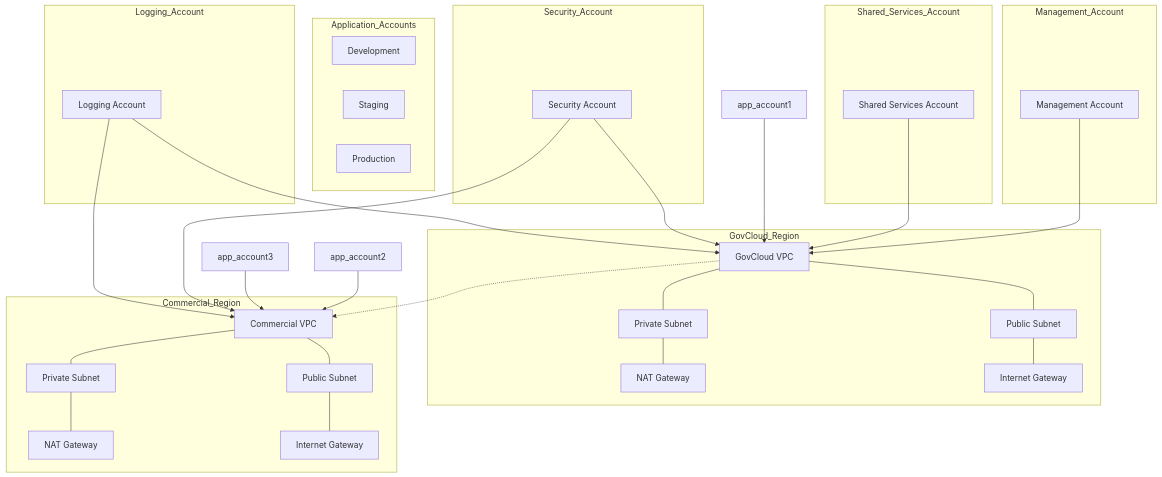
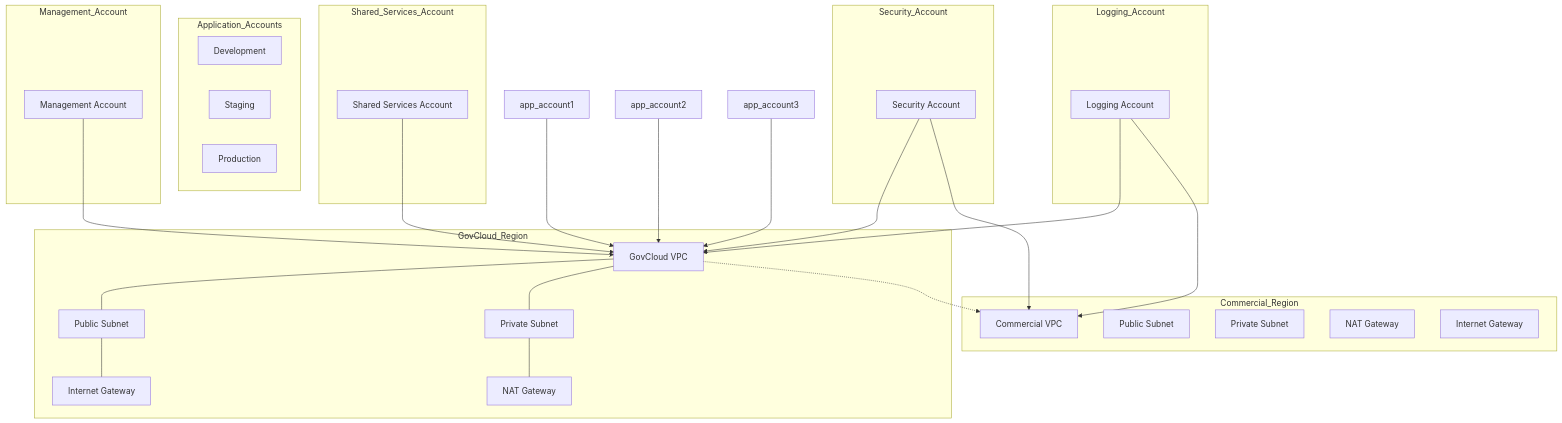
One commit to jtenney59/jtenney59 changed the diagram in draft-network-overvirew. cg.mmd. Above: the diagram before and after it, drawn with Mermaid.

Commit message:
Update draft-network-overvirew. cg.mmd

```diff
--- a/draft-network-overvirew. cg.mmd
+++ b/draft-network-overvirew. cg.mmd
@@ -1,60 +1,55 @@
 graph TB
     subgraph Management_Account
         mgmt_account[Management Account]
     end
 
     subgraph Shared_Services_Account
         shared_services_account[Shared Services Account]
     end
 
     subgraph Application_Accounts
        Development[Development]
        Staging[Staging]
        Production[Production]
     end
 
     subgraph Security_Account
         security_account[Security Account]
     end
 
     subgraph Logging_Account
         logging_account[Logging Account]
     end
 
     subgraph GovCloud_Region
         govcloud_vpc[GovCloud VPC]
         govcloud_public_subnet[Public Subnet]
         govcloud_private_subnet[Private Subnet]
         govcloud_nat_gateway[NAT Gateway]
         govcloud_internet_gateway[Internet Gateway]
     end
 
     subgraph Commercial_Region
         commercial_vpc[Commercial VPC]
         commercial_public_subnet[Public Subnet]
         commercial_private_subnet[Private Subnet]
         commercial_nat_gateway[NAT Gateway]
         commercial_internet_gateway[Internet Gateway]
     end
 
     govcloud_vpc --- govcloud_public_subnet
     govcloud_vpc --- govcloud_private_subnet
     govcloud_public_subnet --- govcloud_internet_gateway
     govcloud_private_subnet --- govcloud_nat_gateway
 
-    commercial_vpc --- commercial_public_subnet
-    commercial_vpc --- commercial_private_subnet
-    commercial_public_subnet --- commercial_internet_gateway
-    commercial_private_subnet --- commercial_nat_gateway
-
     mgmt_account --> govcloud_vpc
     shared_services_account --> govcloud_vpc
     app_account1 --> govcloud_vpc
-    app_account2 --> commercial_vpc
-    app_account3 --> commercial_vpc
+    app_account2 --> govcloud_vpc
+    app_account3 --> govcloud_vpc
     security_account --> govcloud_vpc
     security_account --> commercial_vpc
     logging_account --> govcloud_vpc
     logging_account --> commercial_vpc
 
     govcloud_vpc -.-> commercial_vpc
```
